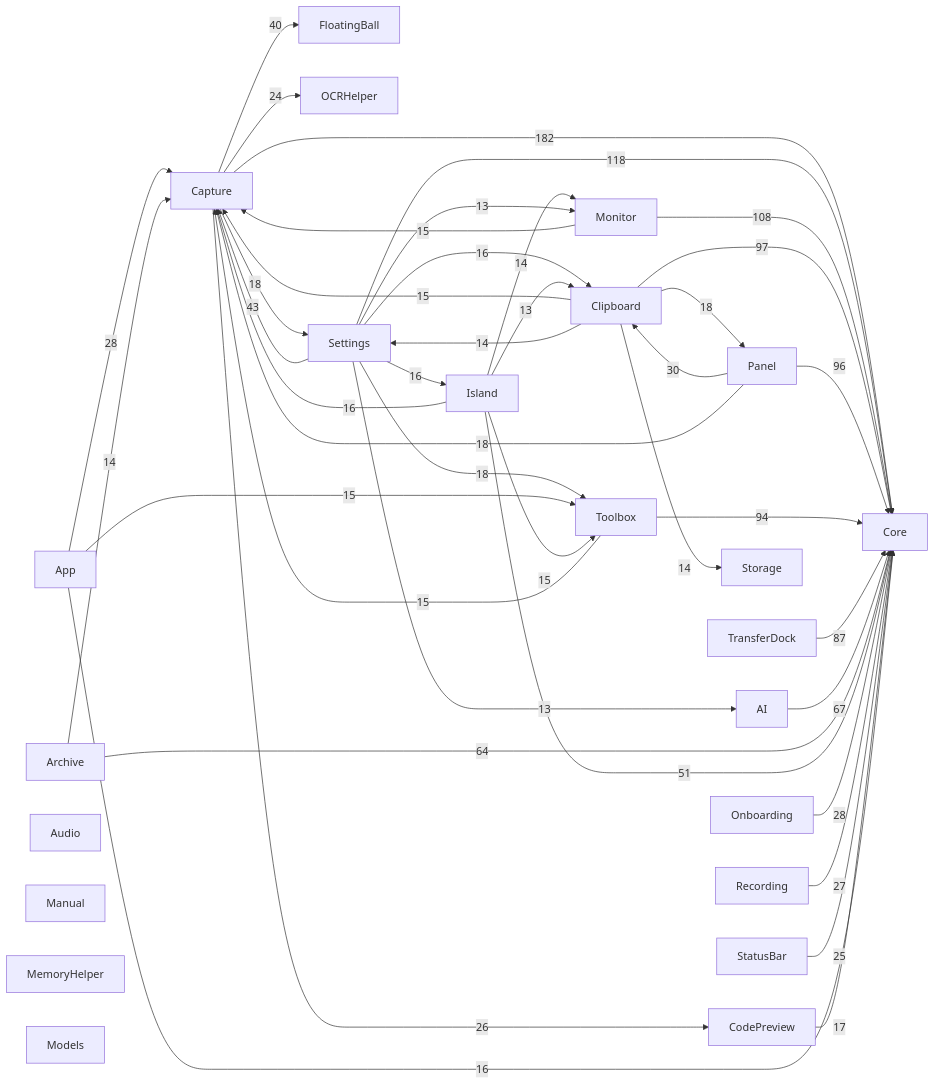
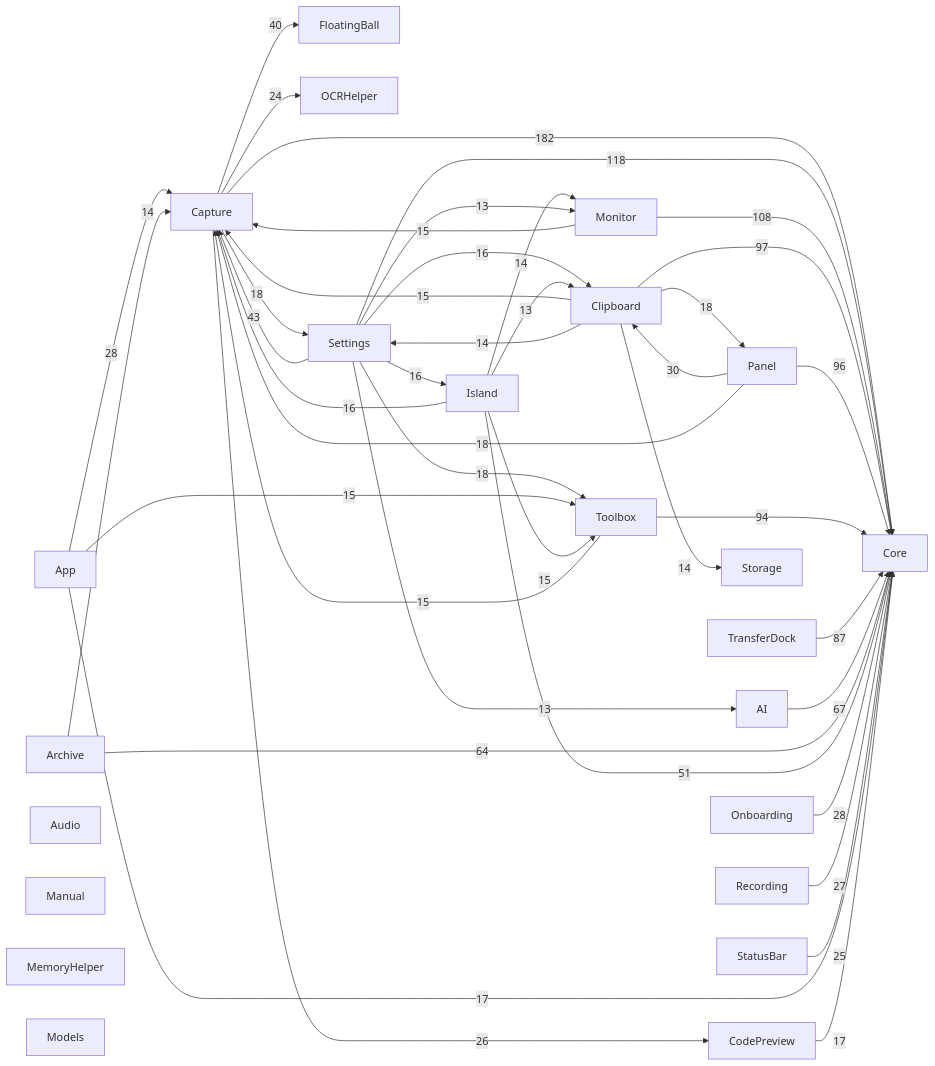
One commit to sxyq/Kitnest changed the diagram in docs/00-总览/模块依赖图.md. Above: the diagram before and after it, drawn with Mermaid. The commit also changed other lines of this file and 6 other files, not shown here.

````diff
--- a/docs/00-总览/模块依赖图.md
+++ b/docs/00-总览/模块依赖图.md
@@ -37,66 +37,66 @@
 ```mermaid
 flowchart LR
   M0["AI"]
   M1["App"]
   M2["Archive"]
   M3["Audio"]
   M4["Capture"]
   M5["Clipboard"]
   M6["CodePreview"]
   M7["Core"]
   M8["FloatingBall"]
   M9["Island"]
   M10["Manual"]
   M11["MemoryHelper"]
   M12["Models"]
   M13["Monitor"]
   M14["OCRHelper"]
   M15["Onboarding"]
   M16["Panel"]
   M17["Recording"]
   M18["Settings"]
   M19["StatusBar"]
   M20["Storage"]
   M21["Toolbox"]
   M22["TransferDock"]
   M4 -->|182| M7
   M18 -->|118| M7
   M13 -->|108| M7
   M5 -->|97| M7
   M16 -->|96| M7
   M21 -->|94| M7
   M22 -->|87| M7
   M0 -->|67| M7
   M2 -->|64| M7
   M9 -->|51| M7
   M18 -->|43| M4
   M4 -->|40| M8
   M16 -->|30| M5
   M1 -->|28| M4
   M15 -->|28| M7
   M17 -->|27| M7
   M4 -->|26| M6
   M19 -->|25| M7
   M4 -->|24| M14
   M18 -->|18| M21
   M4 -->|18| M18
   M16 -->|18| M4
   M5 -->|18| M16
+  M1 -->|17| M7
   M6 -->|17| M7
-  M1 -->|16| M7
   M18 -->|16| M5
   M18 -->|16| M9
   M9 -->|16| M4
   M1 -->|15| M21
   M13 -->|15| M4
   M21 -->|15| M4
   M9 -->|15| M21
   M5 -->|15| M4
   M2 -->|14| M4
   M9 -->|14| M13
   M5 -->|14| M18
   M5 -->|14| M20
+  M18 -->|13| M0
   M18 -->|13| M13
-  M18 -->|13| M0
   M9 -->|13| M5
 ```
````
